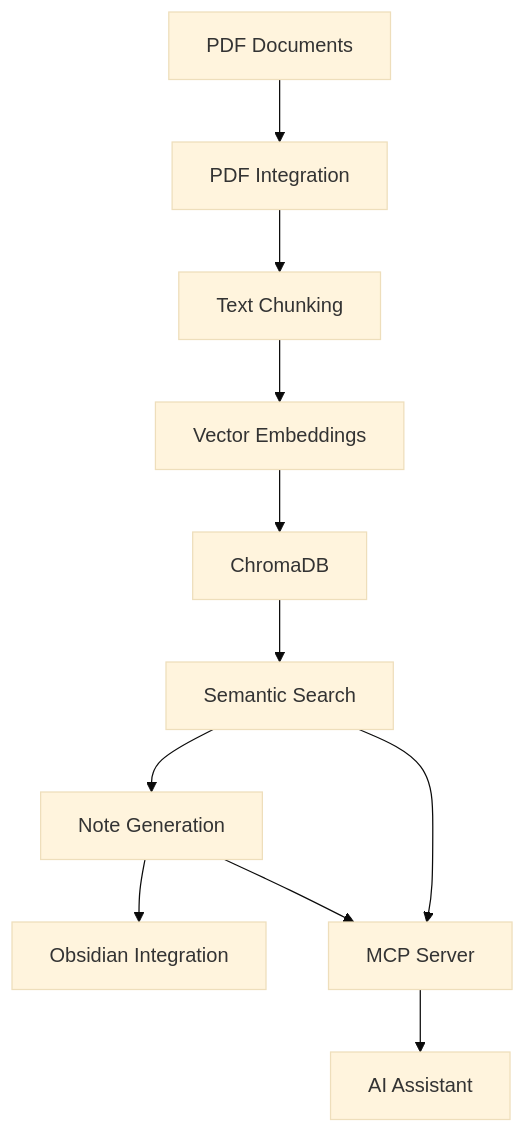
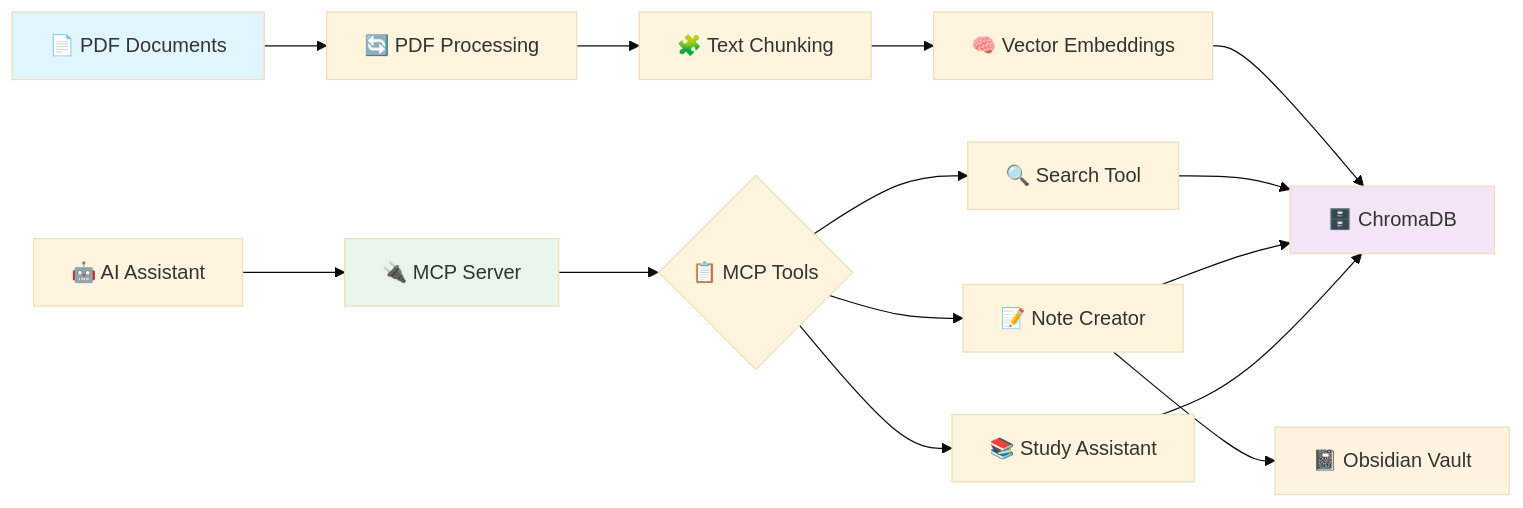
The diagram in README.md (Darkphantom323/DocMinerMCP), drawn with Mermaid (base theme) before and after one commit.

````diff
--- a/README.md
+++ b/README.md
@@ -226,13 +226,24 @@
 ```mermaid
-graph TD
-    A[PDF Documents] --> B[PDF Integration]
-    B --> C[Text Chunking]
-    C --> D[Vector Embeddings]
-    D --> E[ChromaDB]
-    E --> F[Semantic Search]
-    F --> G[Note Generation]
-    G --> H[Obsidian Integration]
-    I[MCP Server] --> J[AI Assistant]
-    F --> I
-    G --> I
+graph LR
+    A[📄 PDF Documents] --> B[🔄 PDF Processing]
+    B --> C[🧩 Text Chunking]
+    C --> D[🧠 Vector Embeddings]
+    D --> E[🗄️ ChromaDB]
+    
+    F[🤖 AI Assistant] --> G[🔌 MCP Server]
+    G --> H{📋 MCP Tools}
+    
+    H --> I[🔍 Search Tool]
+    H --> J[📝 Note Creator]
+    H --> K[📚 Study Assistant]
+    
+    I --> E
+    J --> E
+    J --> L[📓 Obsidian Vault]
+    K --> E
+    
+    style A fill:#e1f5fe
+    style E fill:#f3e5f5
+    style G fill:#e8f5e8
+    style L fill:#fff3e0
 ```
````
